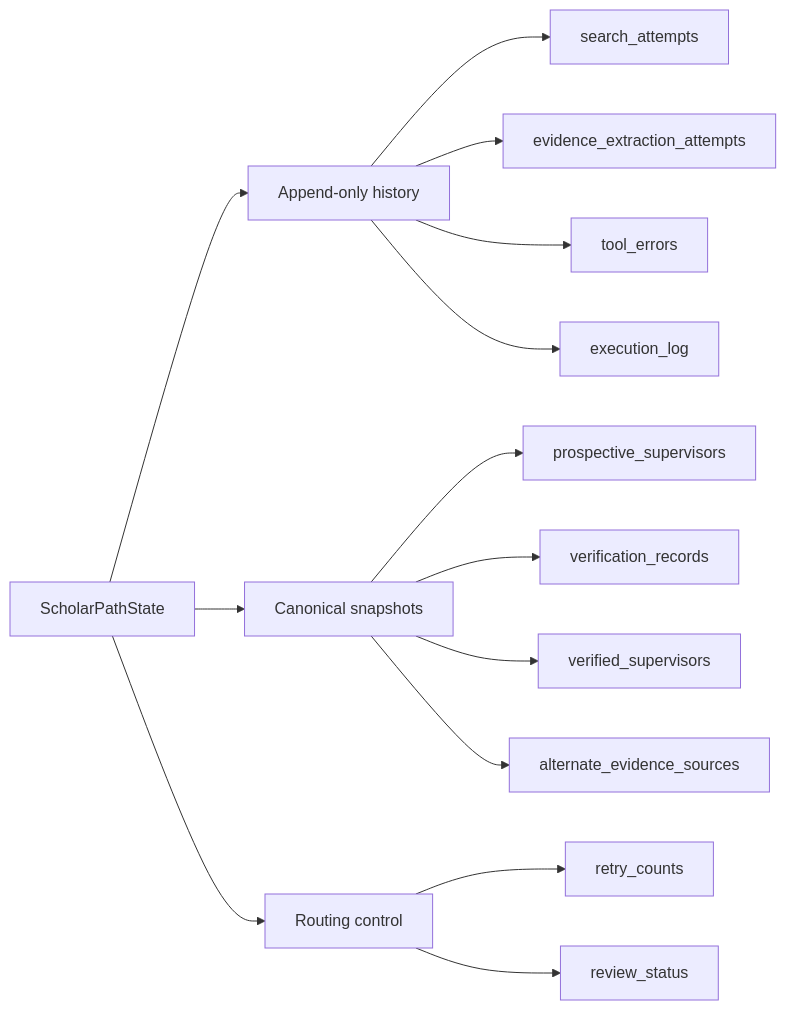
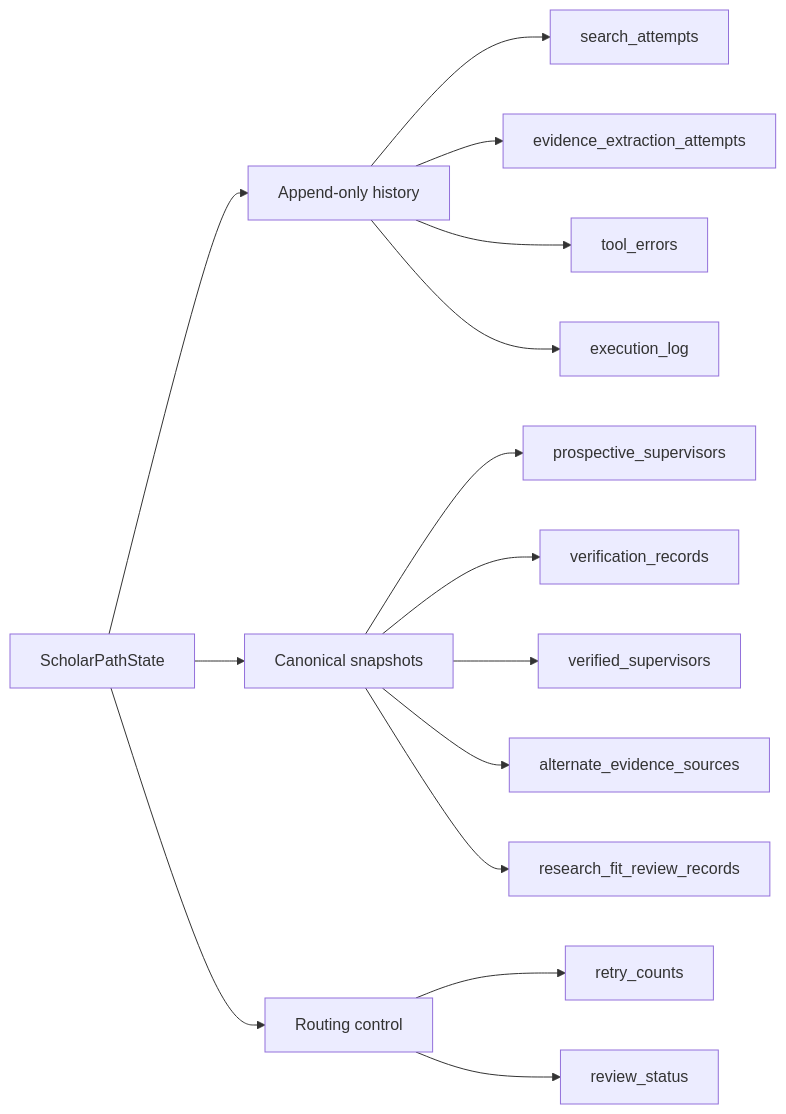
Before and after one commit to shanly-rajan/ai-builder: diagram 13 of 16 in projects/scholar-path/docs/architecture.md, drawn with Mermaid. The commit also changed other lines of this file and 37 other files, not shown here.

Commit message:
feat: add Nebius independent Research Fit review

````diff
--- a/projects/scholar-path/docs/architecture.md
+++ b/projects/scholar-path/docs/architecture.md
@@ -422,16 +483,17 @@
 ```mermaid
 flowchart LR
     STATE[ScholarPathState] --> HIST[Append-only history]
     STATE --> SNAP[Canonical snapshots]
     STATE --> CONTROL[Routing control]
     HIST --> SA[search_attempts]
     HIST --> EA[evidence_extraction_attempts]
     HIST --> ERR[tool_errors]
     HIST --> LOG[execution_log]
     SNAP --> PS[prospective_supervisors]
     SNAP --> VR[verification_records]
     SNAP --> VS[verified_supervisors]
     SNAP --> AES[alternate_evidence_sources]
+    SNAP --> IR[research_fit_review_records]
     CONTROL --> RETRY[retry_counts]
     CONTROL --> STATUS[review_status]
 ```
````
